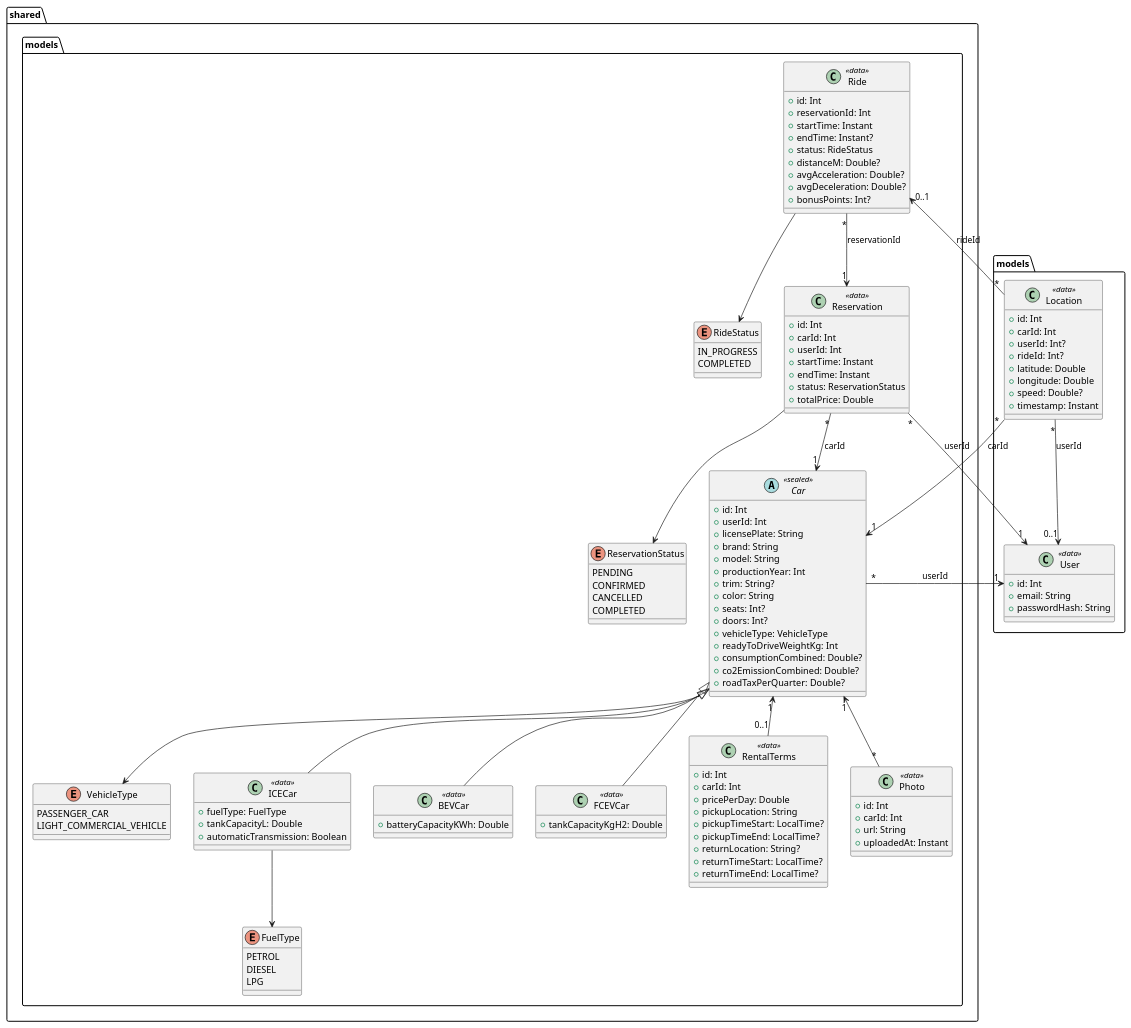
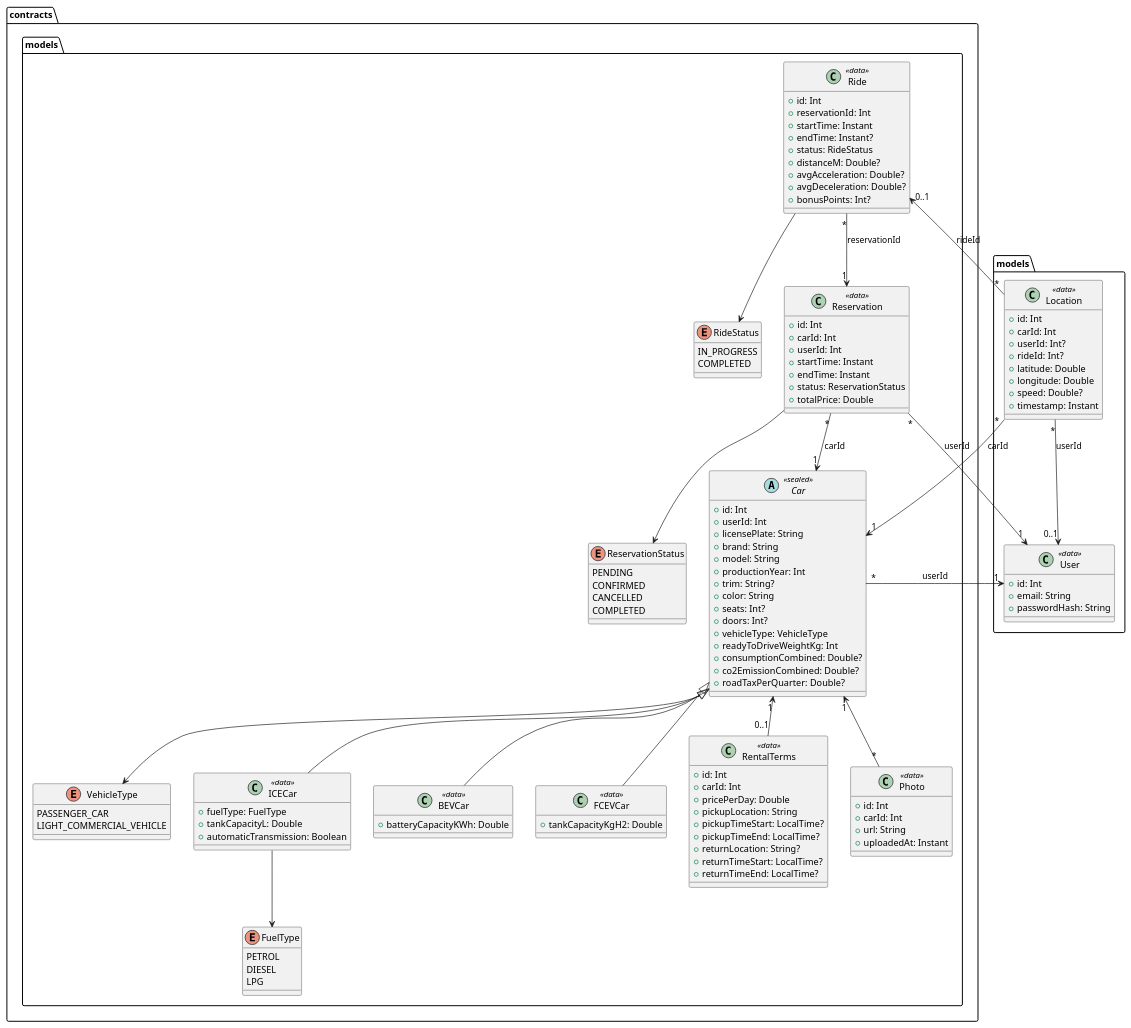
Before and after one commit to MarkPrins18/hbo-leerjaar2: the diagram in diagrams/models/CarDataModel.puml, drawn with PlantUML. The commit also changed 104 other files, not shown here.

```diff
--- a/diagrams/models/CarDataModel.puml
+++ b/diagrams/models/CarDataModel.puml
@@ -1,142 +1,142 @@
 @startuml CarDataModel
 
-package shared.models {
+package contracts.models {
 
     enum FuelType {
         PETROL
         DIESEL
         LPG
     }
 
     enum VehicleType {
         PASSENGER_CAR
         LIGHT_COMMERCIAL_VEHICLE
     }
 
     abstract class Car <<sealed>> {
         +id: Int
         +userId: Int
         +licensePlate: String
         +brand: String
         +model: String
         +productionYear: Int
         +trim: String?
         +color: String
         +seats: Int?
         +doors: Int?
         +vehicleType: VehicleType
         +readyToDriveWeightKg: Int
         +consumptionCombined: Double?
         +co2EmissionCombined: Double?
         +roadTaxPerQuarter: Double?
     }
 
     class ICECar <<data>> {
         +fuelType: FuelType
         +tankCapacityL: Double
         +automaticTransmission: Boolean
     }
 
     class BEVCar <<data>> {
         +batteryCapacityKWh: Double
     }
 
     class FCEVCar <<data>> {
         +tankCapacityKgH2: Double
     }
 
     class RentalTerms <<data>> {
         +id: Int
         +carId: Int
         +pricePerDay: Double
         +pickupLocation: String
         +pickupTimeStart: LocalTime?
         +pickupTimeEnd: LocalTime?
         +returnLocation: String?
         +returnTimeStart: LocalTime?
         +returnTimeEnd: LocalTime?
     }
 
     class Photo <<data>> {
         +id: Int
         +carId: Int
         +url: String
         +uploadedAt: Instant
     }
 
     Car "1" <-- "0..1" RentalTerms
     Car "1" <-- "*" Photo
 
     Car <|-- ICECar
     Car <|-- BEVCar
     Car <|-- FCEVCar
 
     enum ReservationStatus {
         PENDING
         CONFIRMED
         CANCELLED
         COMPLETED
     }
 
     enum RideStatus {
         IN_PROGRESS
         COMPLETED
     }
 
     class Reservation <<data>> {
         +id: Int
         +carId: Int
         +userId: Int
         +startTime: Instant
         +endTime: Instant
         +status: ReservationStatus
         +totalPrice: Double
     }
 
     class Ride <<data>> {
         +id: Int
         +reservationId: Int
         +startTime: Instant
         +endTime: Instant?
         +status: RideStatus
         +distanceM: Double?
         +avgAcceleration: Double?
         +avgDeceleration: Double?
         +bonusPoints: Int?
     }
 }
 
 package models {
 
     class User <<data>> {
         +id: Int
         +email: String
         +passwordHash: String
     }
 
     class Location <<data>> {
         +id: Int
         +carId: Int
         +userId: Int?
         +rideId: Int?
         +latitude: Double
         +longitude: Double
         +speed: Double?
         +timestamp: Instant
     }
 }
 
 Car --> VehicleType
 ICECar --> FuelType
 
 Reservation --> ReservationStatus
 Ride --> RideStatus
 Car "*" --> "1" User : userId
 Reservation "*" --> "1" User : userId
 Reservation "*" --> "1" Car : carId
 Ride "*" --> "1" Reservation : reservationId
 Location "*" --> "1" Car : carId
 Location "*" --> "0..1" User : userId
 Location "*" --> "0..1" Ride : rideId
 
 @enduml
```
